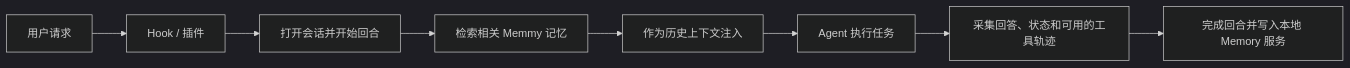
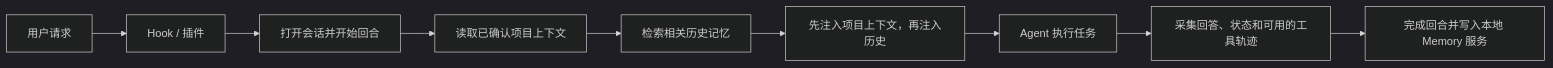
The diagram in docs/cn/memory/sources.mdx (MemTensor/memmy-agent), drawn with Mermaid (dark theme) before and after one commit. The commit also changed other lines of this file and 8 other files, not shown here.

````diff
--- a/docs/cn/memory/sources.mdx
+++ b/docs/cn/memory/sources.mdx
@@ -100,10 +108,11 @@
 ```mermaid
 flowchart LR
   Request["用户请求"] --> Entry["Hook / 插件"]
   Entry --> Start["打开会话并开始回合"]
-  Start --> Recall["检索相关 Memmy 记忆"]
-  Recall --> Context["作为历史上下文注入"]
+  Start --> Authority["读取已确认项目上下文"]
+  Authority --> Recall["检索相关历史记忆"]
+  Recall --> Context["先注入项目上下文，再注入历史"]
   Context --> Agent["Agent 执行任务"]
   Agent --> Complete["采集回答、状态和可用的工具轨迹"]
   Complete --> Memory["完成回合并写入本地 Memory 服务"]
 ```
````
